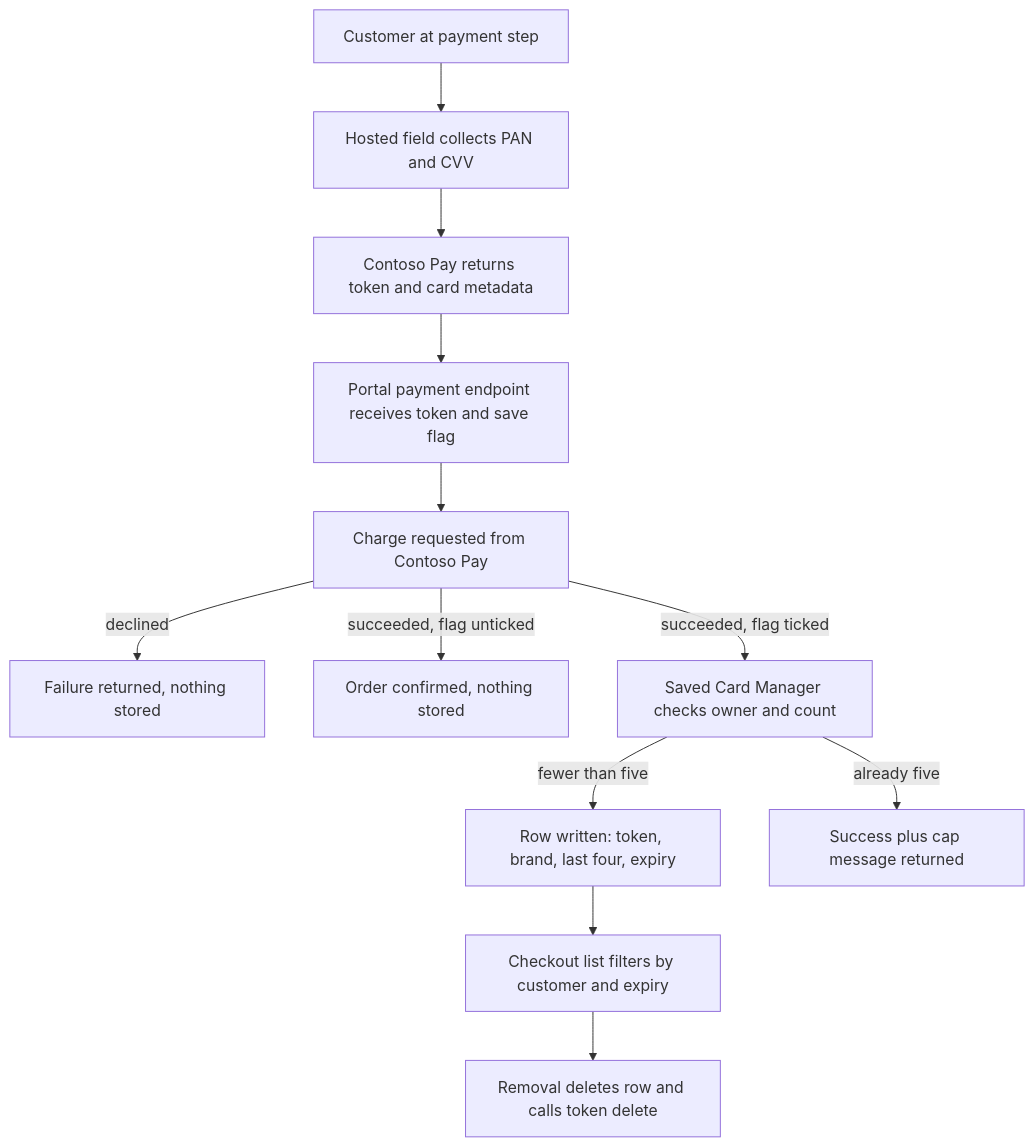
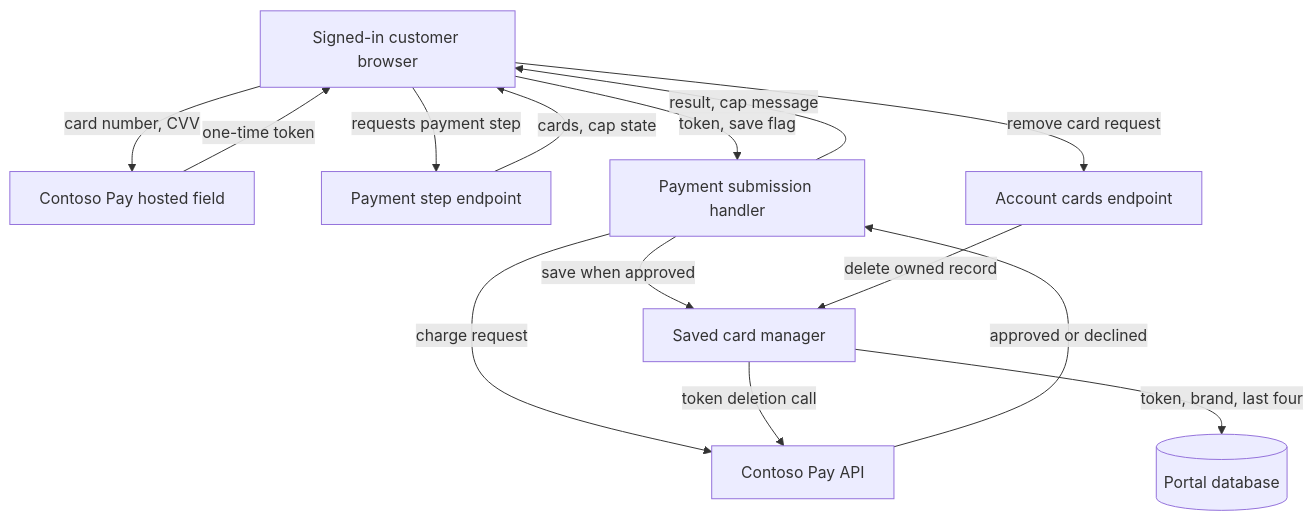
Before and after one commit to CyberhiveTechnologyPartners/Test-PRD: the diagram in docs/design/epic-payments/option-1-data-flow.mmd, drawn with Mermaid.

Commit message:
docs(design): record data-flow view docs/design/epic-payments/option-1-data-flow.mmd for epic payments

```diff
--- a/docs/design/epic-payments/option-1-data-flow.mmd
+++ b/docs/design/epic-payments/option-1-data-flow.mmd
@@ -1,12 +1,22 @@
 flowchart TB
-  A[Customer at payment step] --> B[Hosted field collects PAN and CVV]
-  B --> C[Contoso Pay returns token and card metadata]
-  C --> D[Portal payment endpoint receives token and save flag]
-  D --> E[Charge requested from Contoso Pay]
-  E -->|declined| F[Failure returned, nothing stored]
-  E -->|succeeded, flag unticked| G[Order confirmed, nothing stored]
-  E -->|succeeded, flag ticked| H[Saved Card Manager checks owner and count]
-  H -->|fewer than five| I[Row written: token, brand, last four, expiry]
-  H -->|already five| J[Success plus cap message returned]
-  I --> K[Checkout list filters by customer and expiry]
-  K --> L[Removal deletes row and calls token delete]
+  CUST[Signed-in customer browser]
+  HF[Contoso Pay hosted field]
+  STEP[Payment step endpoint]
+  SUB[Payment submission handler]
+  MGR[Saved card manager]
+  PAY[Contoso Pay API]
+  DB[(Portal database)]
+  ACC[Account cards endpoint]
+  CUST -->|requests payment step| STEP
+  STEP -->|cards, cap state| CUST
+  CUST -->|card number, CVV| HF
+  HF -->|one-time token| CUST
+  CUST -->|token, save flag| SUB
+  SUB -->|charge request| PAY
+  PAY -->|approved or declined| SUB
+  SUB -->|save when approved| MGR
+  MGR -->|token, brand, last four| DB
+  SUB -->|result, cap message| CUST
+  CUST -->|remove card request| ACC
+  ACC -->|delete owned record| MGR
+  MGR -->|token deletion call| PAY
```
